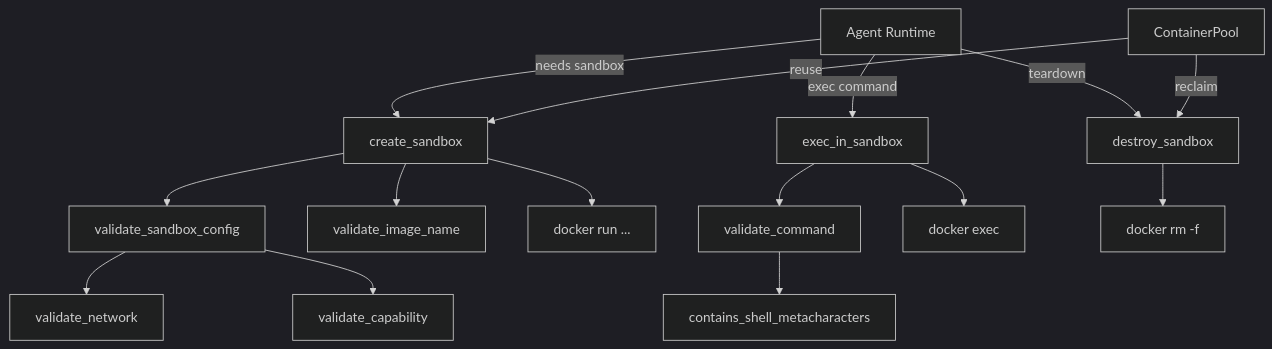
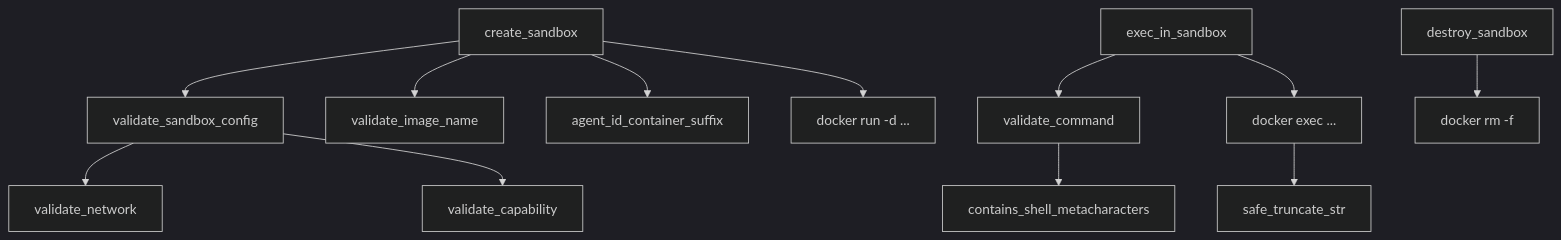
The diagram in agent-runtime-librefang-runtime-sandbox-docker-src.md (leszek3737/librefang-WIki), drawn with Mermaid (dark theme) before and after one commit. The commit also changed other lines of this file and 126 other files, not shown here.

````diff
--- a/agent-runtime-librefang-runtime-sandbox-docker-src.md
+++ b/agent-runtime-librefang-runtime-sandbox-docker-src.md
@@ -11,17 +11,14 @@
 ```mermaid
 graph TD
-    A[Agent Runtime] -->|needs sandbox| B[create_sandbox]
-    B --> C[validate_sandbox_config]
-    C --> D[validate_network]
-    C --> E[validate_capability]
-    B --> F[validate_image_name]
-    B --> G[docker run ...]
-    A -->|exec command| H[exec_in_sandbox]
-    H --> I[validate_command]
-    I --> J[contains_shell_metacharacters]
-    H --> K[docker exec]
-    A -->|teardown| L[destroy_sandbox]
-    L --> M[docker rm -f]
-    N[ContainerPool] -->|reuse| B
-    N -->|reclaim| L
+    A[create_sandbox] --> B[validate_sandbox_config]
+    A --> C[validate_image_name]
+    A --> D[agent_id_container_suffix]
+    A --> E["docker run -d ..."]
+    F[exec_in_sandbox] --> G[validate_command]
+    F --> H["docker exec ..."]
+    H --> I[safe_truncate_str]
+    J[destroy_sandbox] --> K["docker rm -f"]
+    B --> L[validate_network]
+    B --> M[validate_capability]
+    G --> N[contains_shell_metacharacters]
 ```
````
